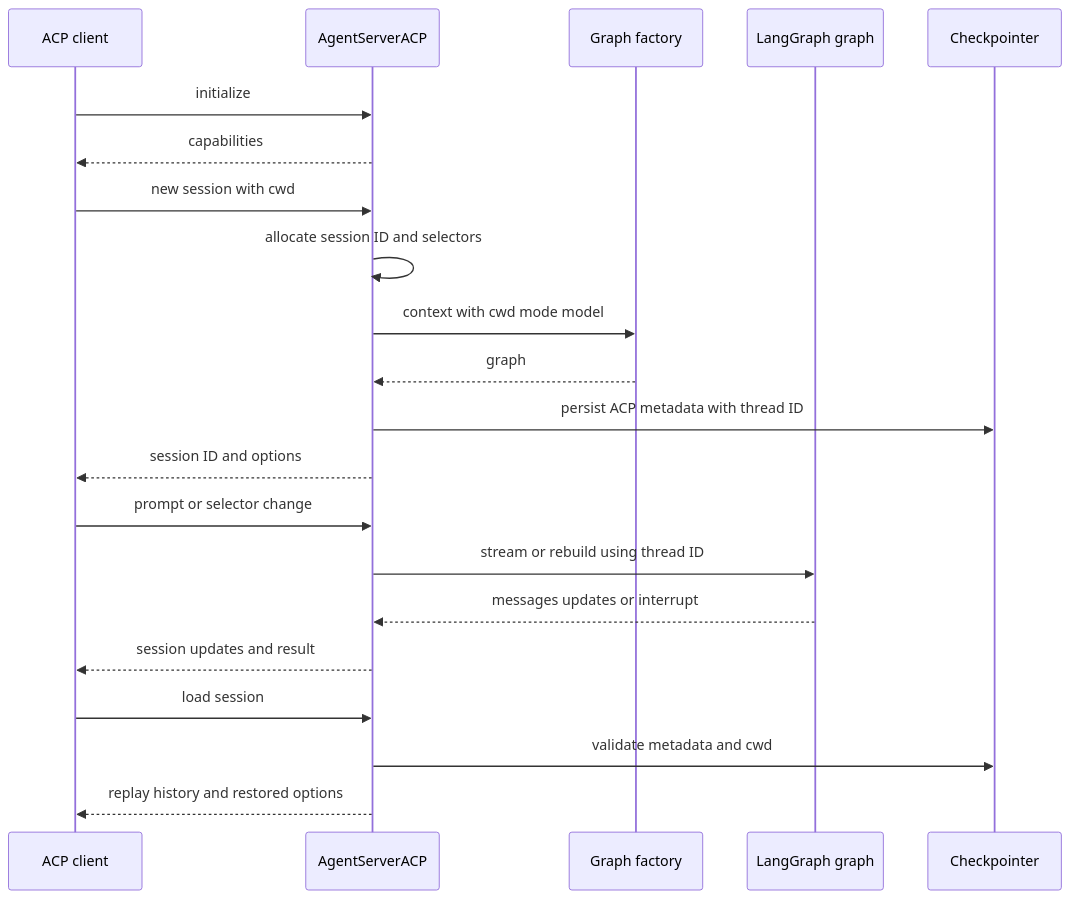
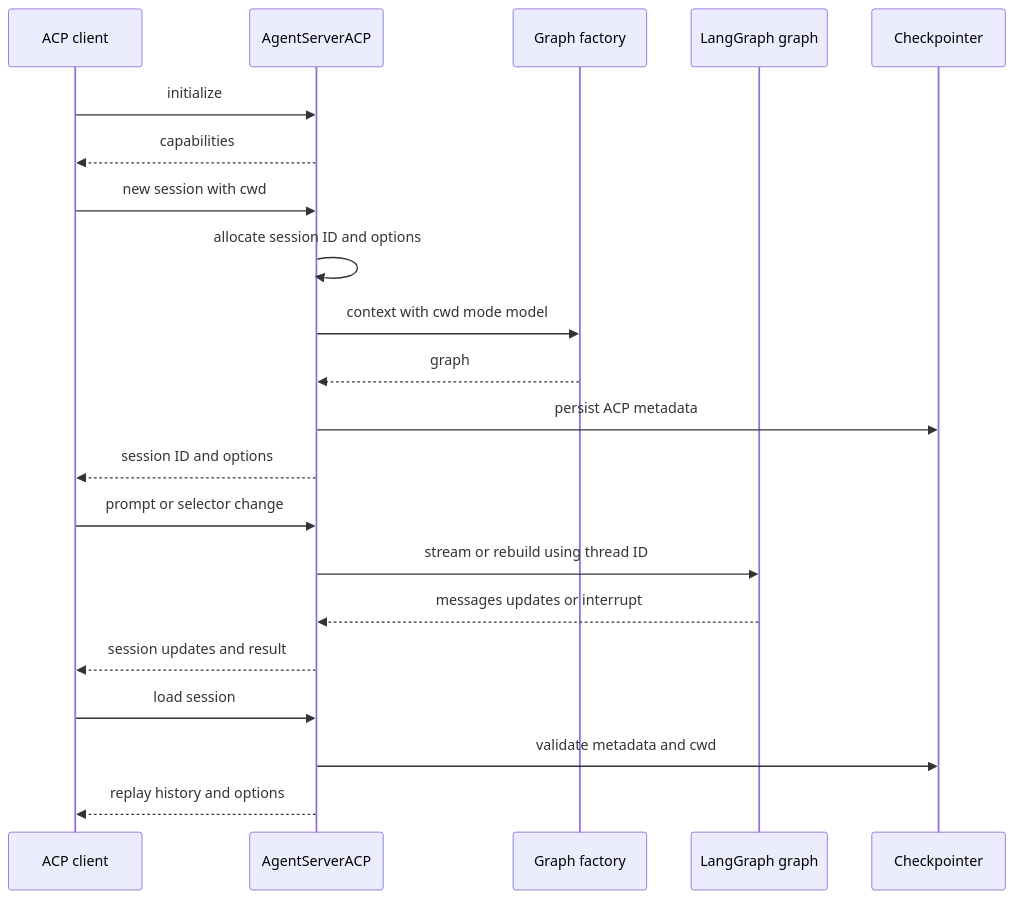
One commit to langchain-ai/deepagents changed the second of 2 diagrams in openwiki/integrations/acp.md. Above: the diagram before and after it, drawn with Mermaid. The commit also changed other lines of this file and 33 other files, not shown here.

````diff
--- a/openwiki/integrations/acp.md
+++ b/openwiki/integrations/acp.md
@@ -83,23 +76,23 @@
 ```mermaid
 sequenceDiagram
     participant Client as ACP client
     participant Bridge as AgentServerACP
     participant Factory as Graph factory
     participant Graph as LangGraph graph
     participant Store as Checkpointer
     Client->>Bridge: initialize
     Bridge-->>Client: capabilities
     Client->>Bridge: new session with cwd
-    Bridge->>Bridge: allocate session ID and selectors
+    Bridge->>Bridge: allocate session ID and options
     Bridge->>Factory: context with cwd mode model
     Factory-->>Bridge: graph
-    Bridge->>Store: persist ACP metadata with thread ID
+    Bridge->>Store: persist ACP metadata
     Bridge-->>Client: session ID and options
     Client->>Bridge: prompt or selector change
     Bridge->>Graph: stream or rebuild using thread ID
     Graph-->>Bridge: messages updates or interrupt
     Bridge-->>Client: session updates and result
     Client->>Bridge: load session
     Bridge->>Store: validate metadata and cwd
-    Bridge-->>Client: replay history and restored options
+    Bridge-->>Client: replay history and options
 ```
````
